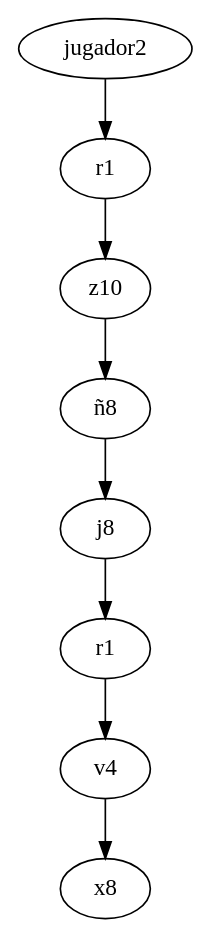
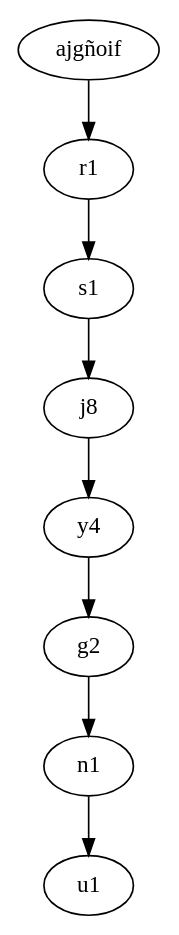
One commit to Mynor16/Practica1s12017_201213197 changed the diagram in src/PLCircular/GraficaMano.dot. Above: the diagram before and after it, drawn with Graphviz. The commit also changed 15 other files, not shown here.

```diff
--- a/src/PLCircular/GraficaMano.dot
+++ b/src/PLCircular/GraficaMano.dot
@@ -1,18 +1,18 @@
 digraph G 
  { 
-jugador2;
+ajgñoif;
 0 [label=r1];
-1 [label=z10];
-2 [label=ñ8];
-3 [label=j8];
-4 [label=r1];
-5 [label=v4];
-6 [label=x8];
-jugador2->0;
+1 [label=s1];
+2 [label=j8];
+3 [label=y4];
+4 [label=g2];
+5 [label=n1];
+6 [label=u1];
+ajgñoif->0;
 0->1;
 1->2;
 2->3;
 3->4;
 4->5;
 5->6;
 }
```
